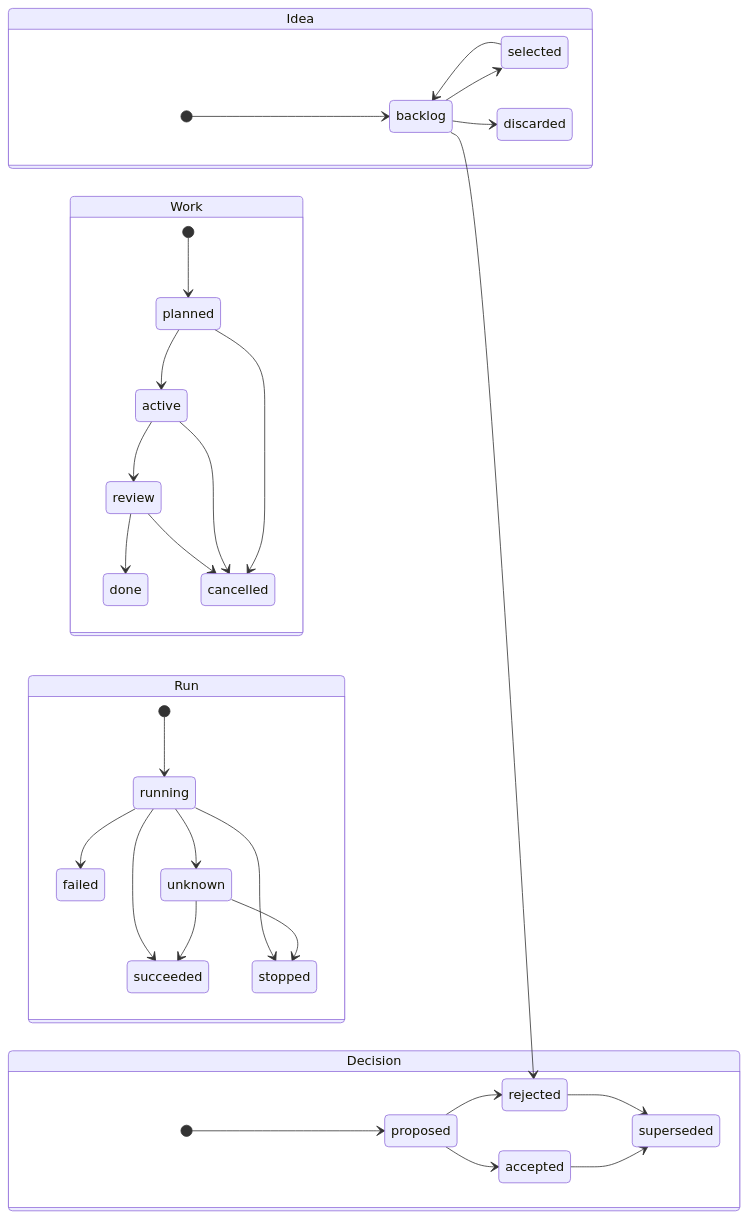
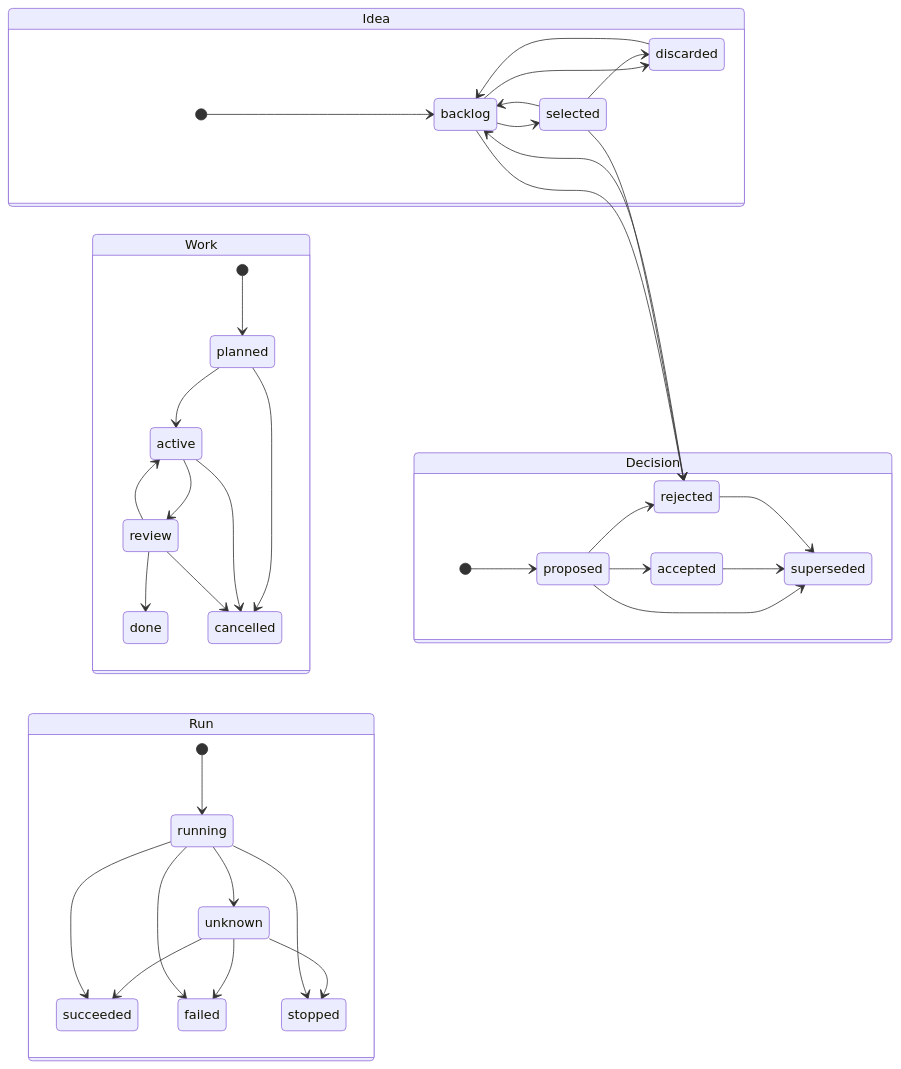
The second of 4 diagrams in docs/workspace.md (EvolveHQ/docflow), drawn with Mermaid before and after one commit. The commit also changed other lines of this file and 27 other files, not shown here.

```diff
--- a/docs/workspace.md
+++ b/docs/workspace.md
@@ -76,36 +77,43 @@
 <div class="mermaid">
 stateDiagram-v2
   direction LR
   state "Idea" as I {
     [*] --> backlog
     backlog --> selected
     backlog --> rejected
     backlog --> discarded
     selected --> backlog
+    selected --> rejected
+    selected --> discarded
+    rejected --> backlog
+    discarded --> backlog
   }
   state "Decision" as D {
     [*] --> proposed
     proposed --> accepted
     proposed --> rejected
+    proposed --> superseded
     accepted --> superseded
     rejected --> superseded
   }
   state "Work" as W {
     [*] --> planned
     planned --> active
     active --> review
+    review --> active
     review --> done
     planned --> cancelled
     active --> cancelled
     review --> cancelled
   }
   state "Run" as R {
     [*] --> running
     running --> succeeded
     running --> failed
     running --> stopped
     running --> unknown
     unknown --> succeeded
+    unknown --> failed
     unknown --> stopped
   }
 </div>
```
